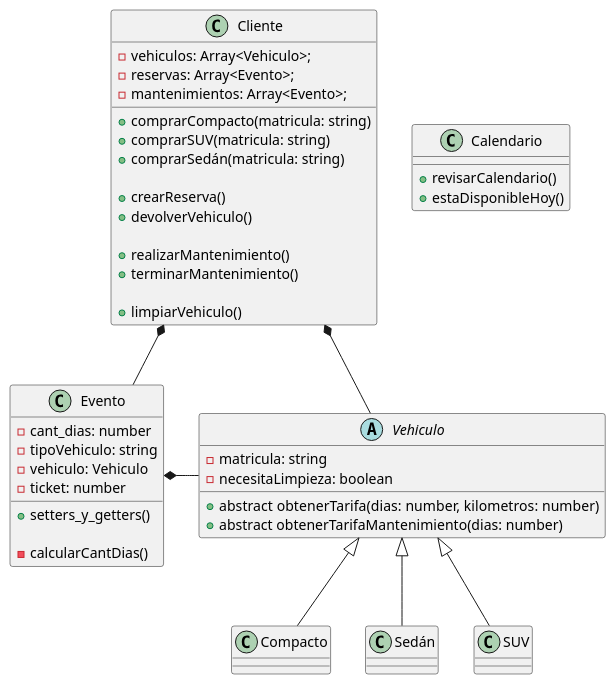
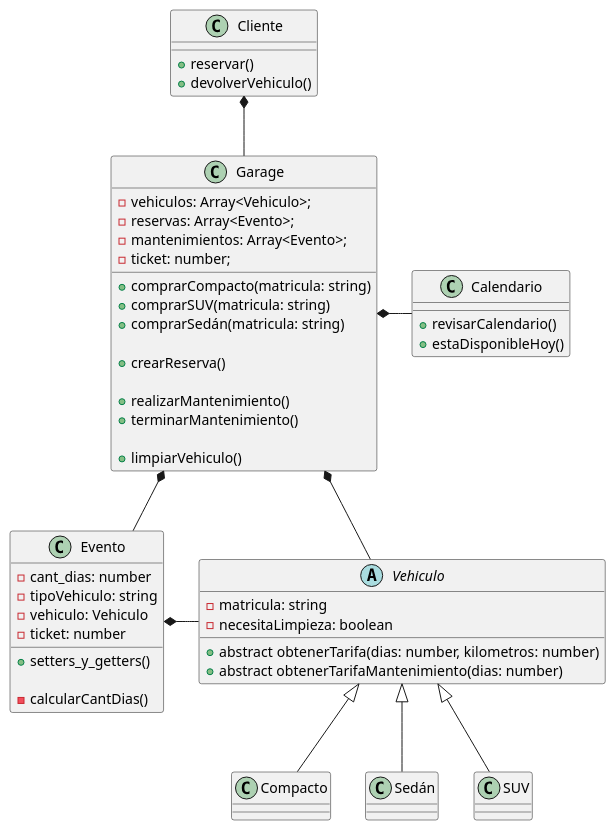
One commit to AlejoSuarez-37/Trabajo-Practico-Grupo16 changed the diagram in diagramas/clases.puml. Above: the diagram before and after it, drawn with PlantUML. The commit also changed 3 other files, not shown here.

Commit message:
Cambio a map array de vehiculos añado exepciones en Garage y actualizo diagrama

```diff
--- a/diagramas/clases.puml
+++ b/diagramas/clases.puml
@@ -1,67 +1,75 @@
 @startuml Diagrama de clases
-
-class Cliente {
+class Garage {
     - vehiculos: Array<Vehiculo>;
     - reservas: Array<Evento>;
     - mantenimientos: Array<Evento>;
+    - ticket: number;
 
     + comprarCompacto(matricula: string)
     + comprarSUV(matricula: string)
     + comprarSedán(matricula: string)
 
     + crearReserva()
-    + devolverVehiculo()
 
     + realizarMantenimiento()
     + terminarMantenimiento()
 
     + limpiarVehiculo()
+}
+
+class Cliente {
+    + reservar()
+    + devolverVehiculo()
 }
 
 abstract class Vehiculo {
     - matricula: string
     - necesitaLimpieza: boolean
     
     + abstract obtenerTarifa(dias: number, kilometros: number)
     + abstract obtenerTarifaMantenimiento(dias: number)
 }
 
 class Compacto {
 
 }
 class Sedán {
 
 }
 class SUV {
 
 }
 
 class Evento {
     - cant_dias: number
     - tipoVehiculo: string
     - vehiculo: Vehiculo
     - ticket: number
 
     + setters_y_getters()
 
     - calcularCantDias()
 }
 
 class Calendario {
     + revisarCalendario()
     + estaDisponibleHoy()
 }
 
 
 ' Relaciones
 
-Cliente *-- Vehiculo
-Cliente *-- Evento
+Cliente *-- Garage
+
+Garage *-d- Vehiculo
+Garage *-d- Evento
+
+Garage *-r- Calendario
 
 Evento *-r- Vehiculo
 
 Vehiculo <|-- Compacto
 Vehiculo <|-- Sedán
 Vehiculo <|-- SUV
 
 @enduml
```
